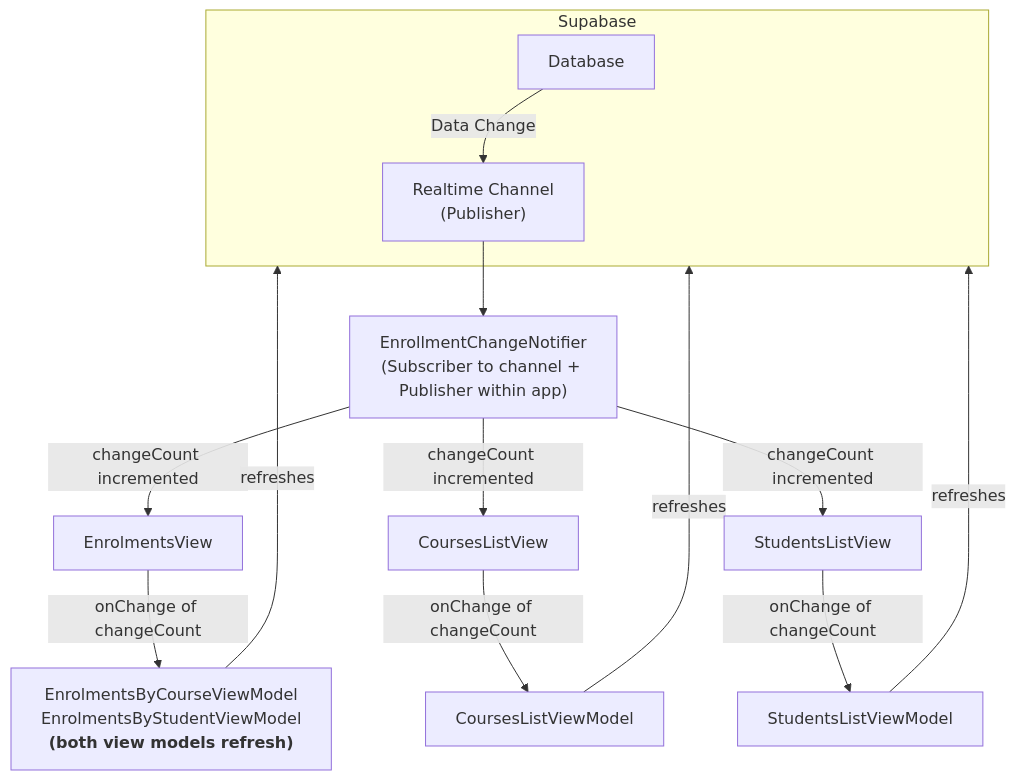
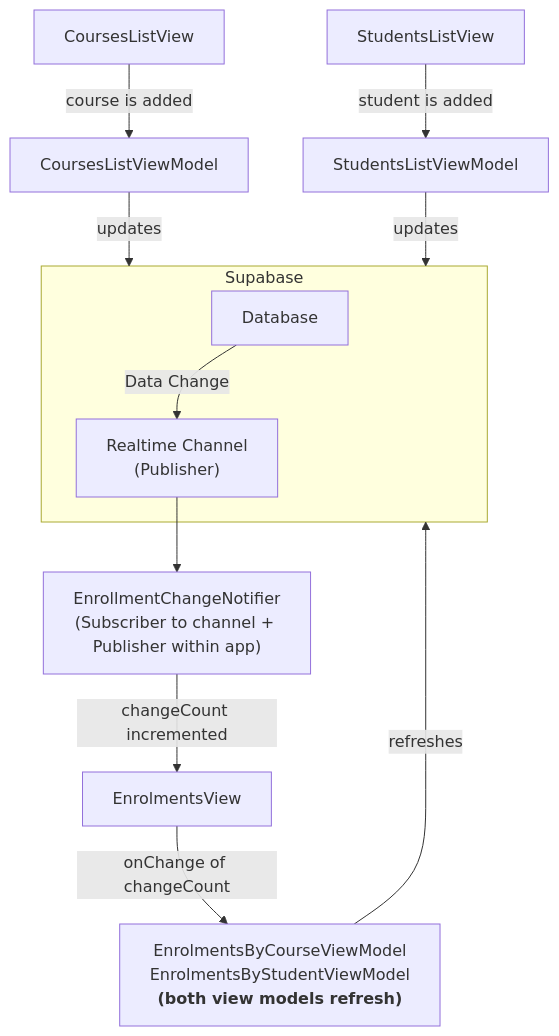
One commit to russellgordon/ics3u-s1-2024-25 changed the second of 3 diagrams in content/source-ics3u/shared/Concepts/Publisher-Subscriber Messaging Pattern.md. Above: the diagram before and after it, drawn with Mermaid. The commit also changed other lines of this file and 99 other files, not shown here.

````diff
--- a/content/source-ics3u/shared/Concepts/Publisher-Subscriber Messaging Pattern.md
+++ b/content/source-ics3u/shared/Concepts/Publisher-Subscriber Messaging Pattern.md
@@ -114,22 +113,20 @@
 ```mermaid
 flowchart TD
 
     subgraph Supabase
         DB["Database"]
         RTC["Realtime Channel<br>(Publisher)"]
         DB -->|Data Change| RTC
     end
 
     RTC --> Notifier["EnrollmentChangeNotifier<br>(Subscriber to channel + Publisher within app)"]
     Notifier -->|changeCount incremented| EnrolmentsView
-    Notifier -->|changeCount incremented| CoursesListView
-    Notifier -->|changeCount incremented| StudentsListView
 
     EnrolmentsView -->|onChange of changeCount| EnrolmentsVM["EnrolmentsByCourseViewModel<br>EnrolmentsByStudentViewModel<br><b>(both view models refresh)</b>"]
-    CoursesListView -->|onChange of changeCount| CoursesVM["CoursesListViewModel"]
-    StudentsListView -->|onChange of changeCount| StudentsVM["StudentsListViewModel"]
+    CoursesListView -->|course is added| CoursesVM["CoursesListViewModel"]
+    StudentsListView -->|student is added| StudentsVM["StudentsListViewModel"]
 
     EnrolmentsVM -->|refreshes| Supabase
-    CoursesVM -->|refreshes| Supabase
-    StudentsVM -->|refreshes| Supabase
+    CoursesVM -->|updates| Supabase
+    StudentsVM -->|updates| Supabase
 ```
````
